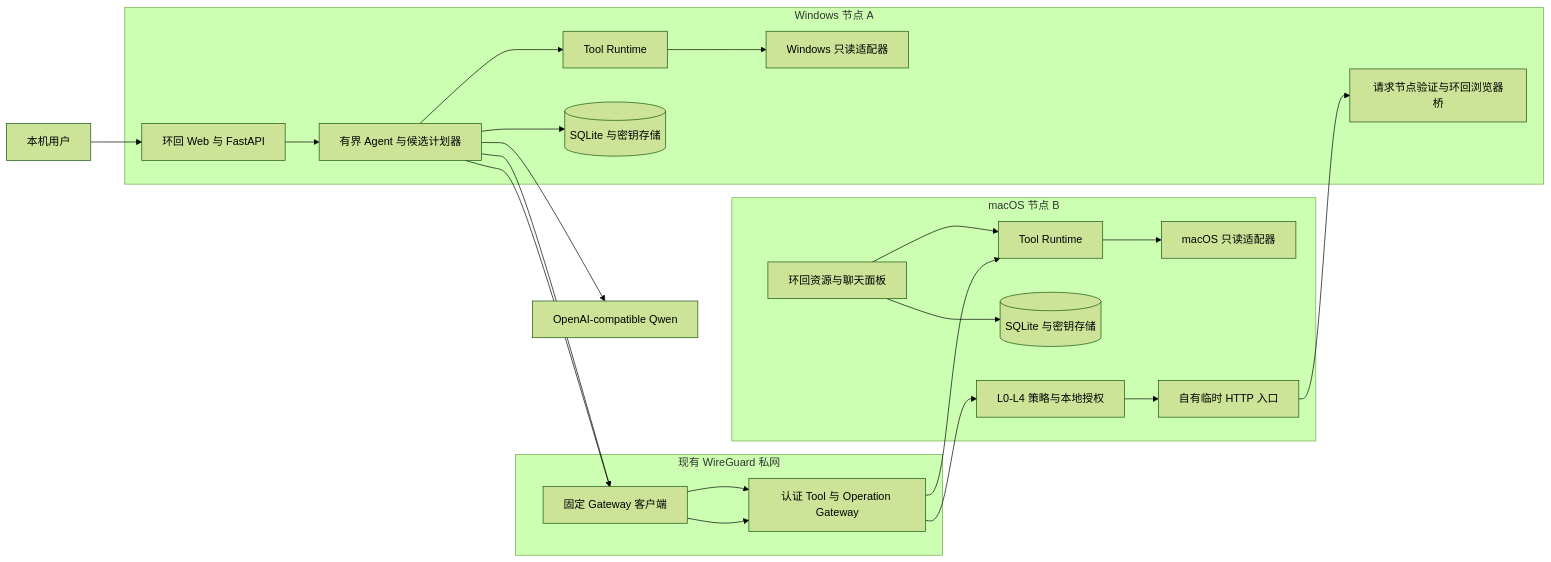
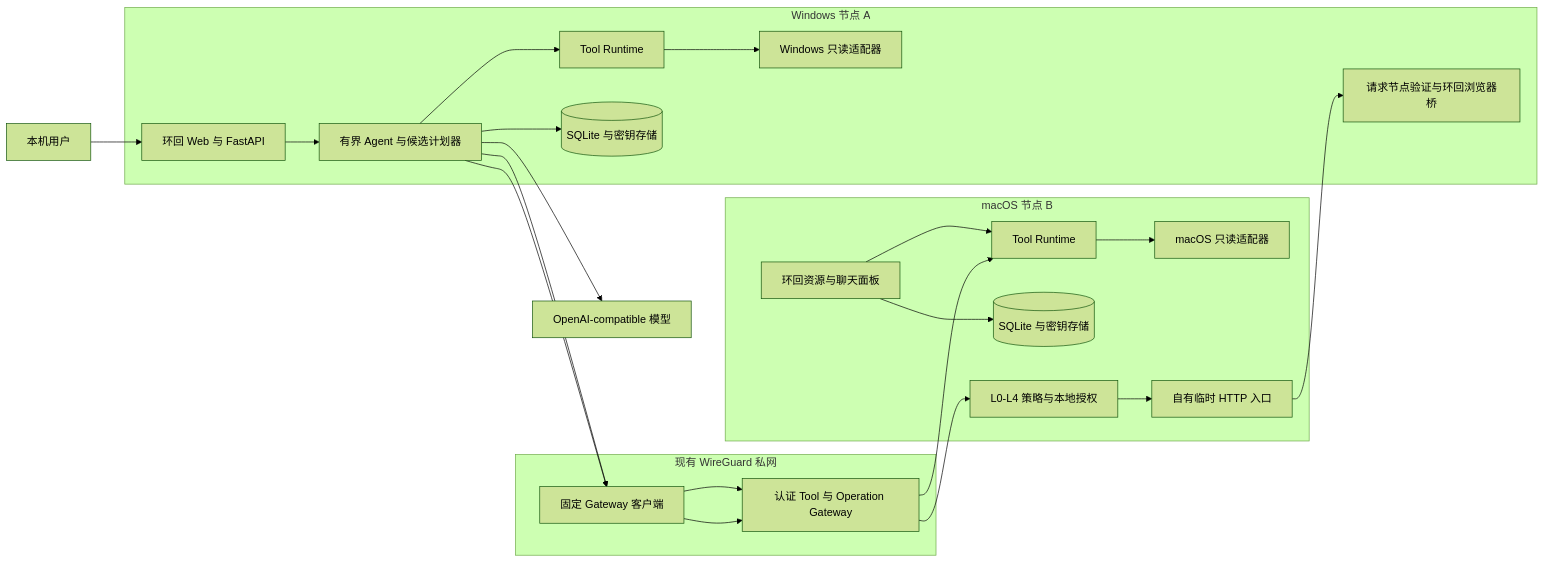
One commit to Sugarfarmeriod/TunnelMinion changed the first of 2 diagrams in docs/architecture.md. Above: the diagram before and after it, drawn with Mermaid (forest theme). The commit also changed other lines of this file and 5 other files, not shown here.

Commit message:
docs: publish safe Mermaid architecture SVGs

````diff
--- a/docs/architecture.md
+++ b/docs/architecture.md
@@ -9,39 +9,39 @@
 ```mermaid
 flowchart LR
     user[本机用户]
 
     subgraph nodeA[Windows 节点 A]
         webA[环回 Web 与 FastAPI]
         agentA[有界 Agent 与候选计划器]
         callbackA[请求节点验证与环回浏览器桥]
         toolsA[Tool Runtime]
         platformA[Windows 只读适配器]
         storesA[(SQLite 与密钥存储)]
     end
 
     subgraph privateNetwork[现有 WireGuard 私网]
         clientA[固定 Gateway 客户端]
         gatewayB[认证 Tool 与 Operation Gateway]
     end
 
     subgraph nodeB[macOS 节点 B]
         toolsB[Tool Runtime]
         platformB[macOS 只读适配器]
         webB[环回资源与聊天面板]
         storesB[(SQLite 与密钥存储)]
         policyB[L0-L4 策略与本地授权]
         proxyB[自有临时 HTTP 入口]
     end
 
-    model[OpenAI-compatible Qwen]
+    model[OpenAI-compatible 模型]
 
     user --> webA --> agentA
     agentA --> toolsA --> platformA
     agentA --> storesA
     agentA --> clientA --> gatewayB --> toolsB --> platformB
     agentA --> clientA --> gatewayB --> policyB --> proxyB
     proxyB --> callbackA
     agentA --> model
     webB --> toolsB
     webB --> storesB
 ```
````
